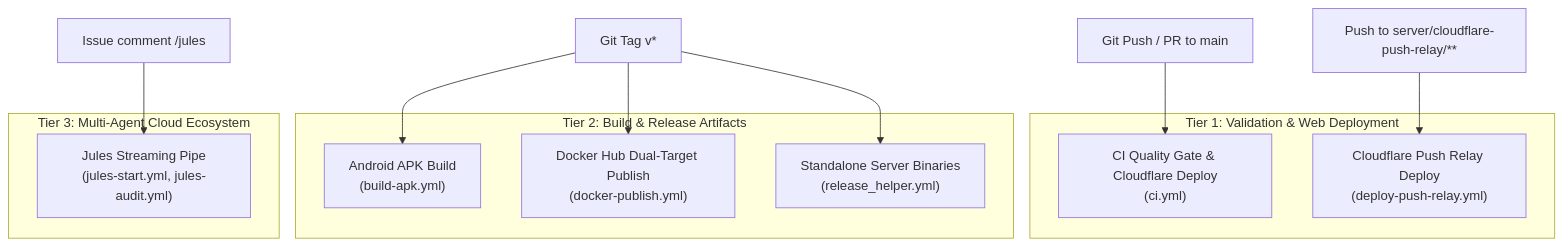
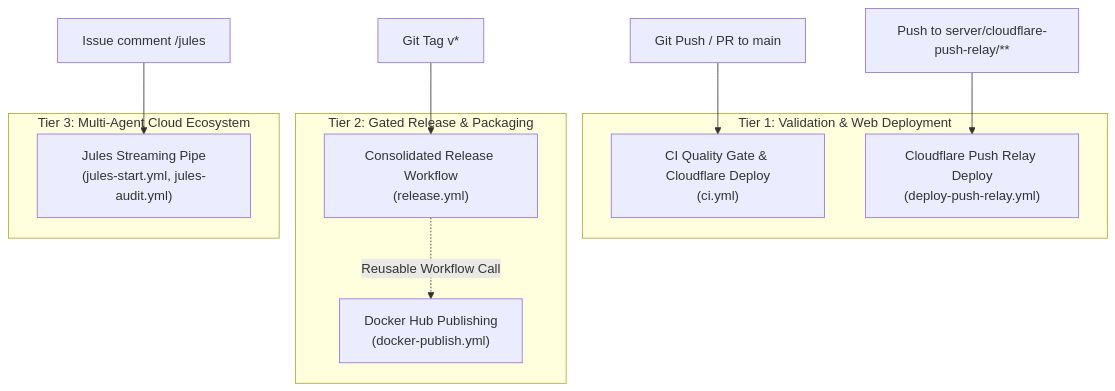
One commit to suitably/LocalGameGalaxy changed the first of 3 diagrams in docs/workflows/ci-cd-pipelines.md. Above: the diagram before and after it, drawn with Mermaid. The commit also changed other lines of this file and 8 other files, not shown here.

Commit message:
feat(ci): consolidate tag-triggered workflows into gated release.yml and add APK release signing (#290, #291)

````diff
--- a/docs/workflows/ci-cd-pipelines.md
+++ b/docs/workflows/ci-cd-pipelines.md
@@ -22,22 +22,22 @@
 ```mermaid
 flowchart TD
     subgraph CI_Deploy["Tier 1: Validation & Web Deployment"]
         CI["CI Quality Gate & Cloudflare Deploy<br/>(ci.yml)"]
         CF_Relay["Cloudflare Push Relay Deploy<br/>(deploy-push-relay.yml)"]
     end
 
-    subgraph Releases["Tier 2: Build & Release Artifacts"]
-        APK["Android APK Build<br/>(build-apk.yml)"]
-        Docker["Docker Hub Dual-Target Publish<br/>(docker-publish.yml)"]
-        ServerRelease["Standalone Server Binaries<br/>(release_helper.yml)"]
+    subgraph Releases["Tier 2: Gated Release & Packaging"]
+        Release["Consolidated Release Workflow<br/>(release.yml)"]
+        DockerPublish["Docker Hub Publishing<br/>(docker-publish.yml)"]
     end
 
     subgraph Autonomous["Tier 3: Multi-Agent Cloud Ecosystem"]
         JulesPlan["Jules Streaming Pipe<br/>(jules-start.yml, jules-audit.yml)"]
     end
 
     CodePush["Git Push / PR to main"] --> CI
     RelayCode["Push to server/cloudflare-push-relay/**"] --> CF_Relay
-    TagPush["Git Tag v*"] --> APK & Docker & ServerRelease
+    TagPush["Git Tag v*"] --> Release
+    Release -.->|Reusable Workflow Call| DockerPublish
     IssueActivity["Issue comment /jules"] --> JulesPlan
 ```
````
